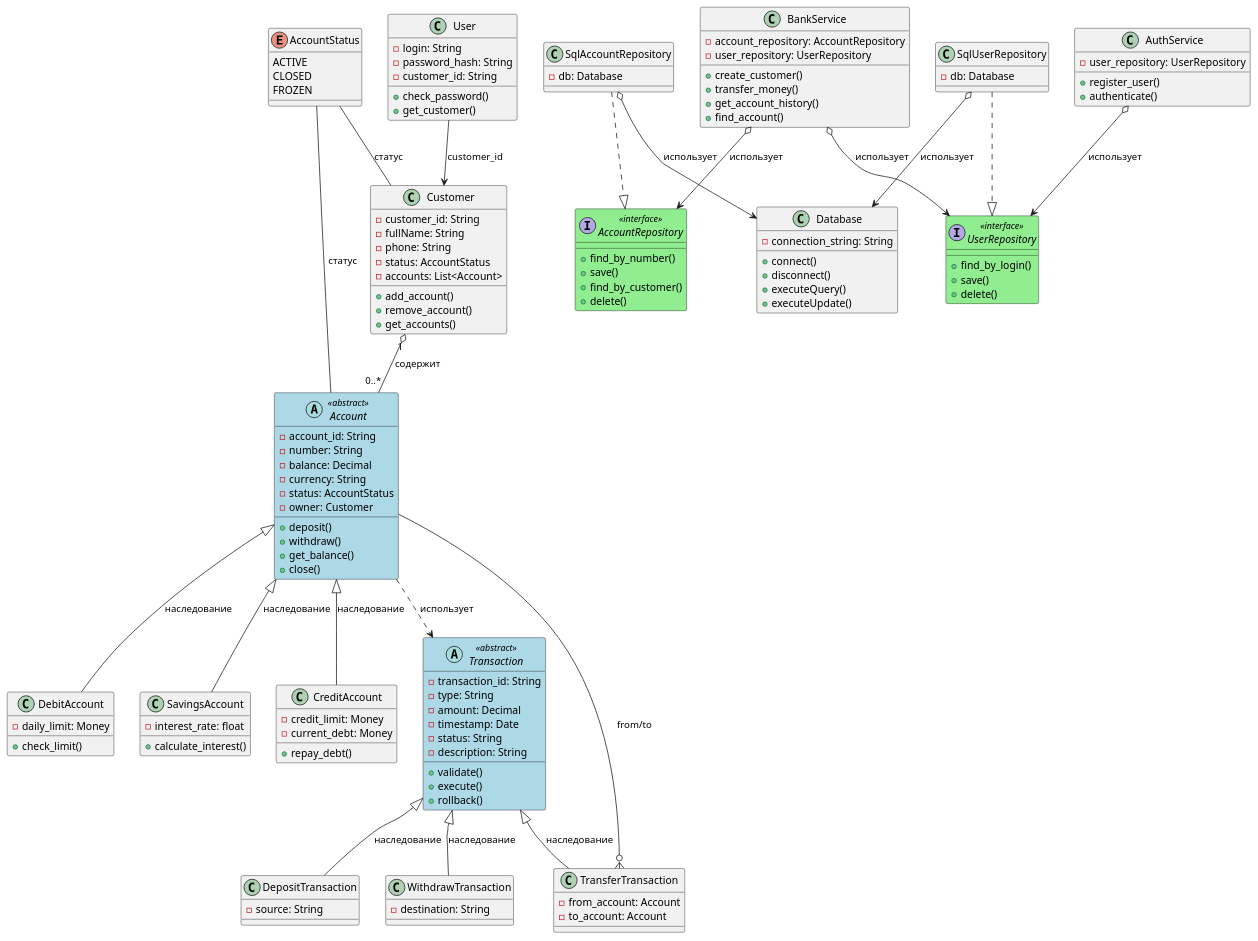
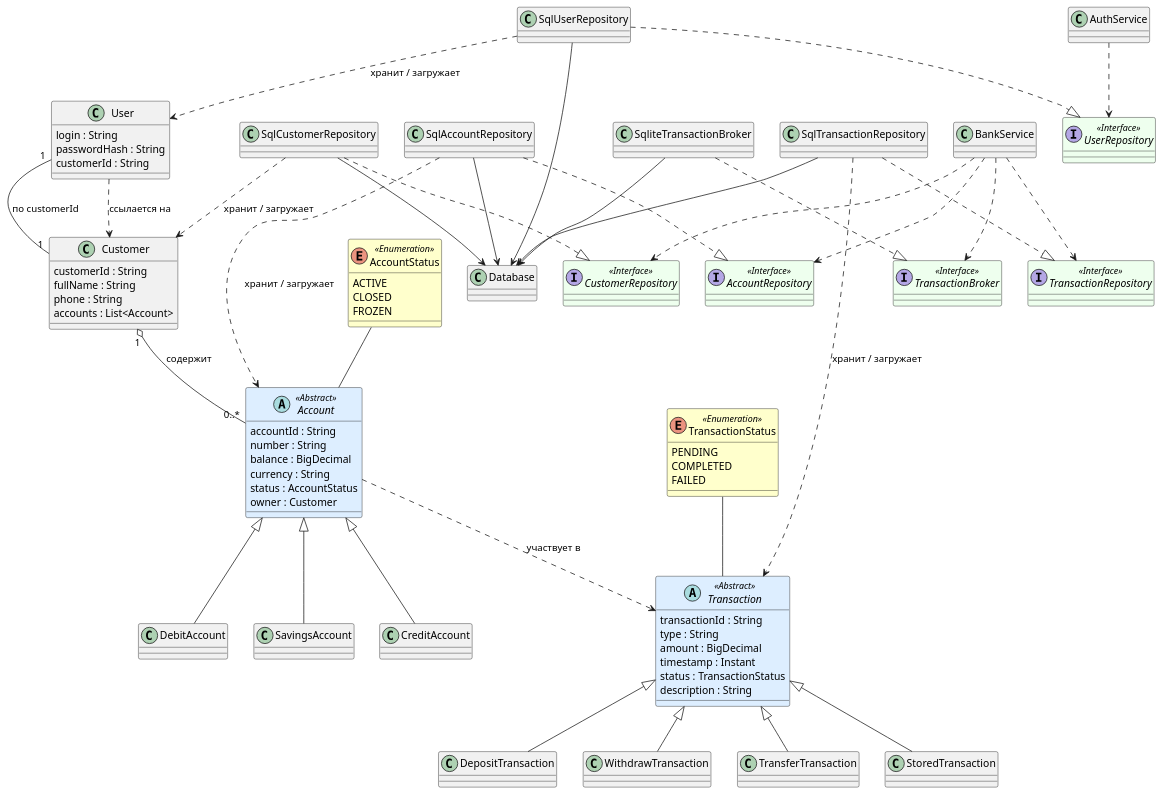
The diagram in class_diagram.md (kmozgovoj11-rgb/bank_simulator), drawn with PlantUML before and after one commit. The commit also changed other lines of this file, not shown here.

```diff
--- a/class_diagram.md
+++ b/class_diagram.md
@@ -1,160 +1,128 @@
 @startuml BankSim_UML
 
 skinparam class {
-  BackgroundColor<<abstract>> LightBlue
-  BackgroundColor<<interface>> LightGreen
+  BackgroundColor<<Enumeration>> #FFFFCC
+  BackgroundColor<<Abstract>> #DDEEFF
+  BackgroundColor<<Interface>> #EEFFEE
   BorderColor Black
 }
 
-enum AccountStatus {
+' --- домен (слева направо: пользователь — клиент — счета — транзакции) ---
+
+enum AccountStatus <<Enumeration>> {
   ACTIVE
   CLOSED
   FROZEN
 }
 
+enum TransactionStatus <<Enumeration>> {
+  PENDING
+  COMPLETED
+  FAILED
+}
+
 class Customer {
-  - customer_id: String
-  - fullName: String
-  - phone: String
-  - status: AccountStatus
-  - accounts: List<Account>
-  + add_account()
-  + remove_account()
-  + get_accounts()
+  customerId : String
+  fullName : String
+  phone : String
+  accounts : List<Account>
 }
 
 class User {
-  - login: String
-  - password_hash: String
-  - customer_id: String
-  + check_password()
-  + get_customer()
+  login : String
+  passwordHash : String
+  customerId : String
 }
 
-abstract class Account <<abstract>> {
-  - account_id: String
-  - number: String
-  - balance: Decimal
-  - currency: String
-  - status: AccountStatus
-  - owner: Customer
-  + deposit()
-  + withdraw()
-  + get_balance()
-  + close()
+abstract class Account <<Abstract>> {
+  accountId : String
+  number : String
+  balance : BigDecimal
+  currency : String
+  status : AccountStatus
+  owner : Customer
 }
 
-class DebitAccount {
-  - daily_limit: Money
-  + check_limit()
+class DebitAccount
+class SavingsAccount
+class CreditAccount
+
+abstract class Transaction <<Abstract>> {
+  transactionId : String
+  type : String
+  amount : BigDecimal
+  timestamp : Instant
+  status : TransactionStatus
+  description : String
 }
 
-class SavingsAccount {
-  - interest_rate: float
-  + calculate_interest()
-}
+class DepositTransaction
+class WithdrawTransaction
+class TransferTransaction
+class StoredTransaction
 
-class CreditAccount {
-  - credit_limit: Money
-  - current_debt: Money
-  + repay_debt()
-}
+' --- 1:1 User и Customer (один логин — один клиент) ---
+User "1" -- "1" Customer : по customerId
 
-abstract class Transaction <<abstract>> {
-  - transaction_id: String
-  - type: String
-  - amount: Decimal
-  - timestamp: Date
-  - status: String
-  - description: String
-  + validate()
-  + execute()
-  + rollback()
-}
+Customer "1" o-- "0..*" Account : содержит
+AccountStatus -- Account
 
-class DepositTransaction {
-  - source: String
-}
+User ..> Customer : ссылается на
 
-class WithdrawTransaction {
-  - destination: String
-}
+Account <|-- DebitAccount
+Account <|-- SavingsAccount
+Account <|-- CreditAccount
 
-class TransferTransaction {
-  - from_account: Account
-  - to_account: Account
-}
+TransactionStatus -- Transaction
+Account ..> Transaction : участвует в
 
-class BankService {
-  - account_repository: AccountRepository
-  - user_repository: UserRepository
-  + create_customer()
-  + transfer_money()
-  + get_account_history()
-  + find_account()
-}
+Transaction <|-- DepositTransaction
+Transaction <|-- WithdrawTransaction
+Transaction <|-- TransferTransaction
+Transaction <|-- StoredTransaction
 
-class AuthService {
-  - user_repository: UserRepository
-  + register_user()
-  + authenticate()
-}
+' --- persistence: явная связь репозиторий → класс домена ---
 
-interface AccountRepository <<interface>> {
-  + find_by_number()
-  + save()
-  + find_by_customer()
-  + delete()
-}
+interface AccountRepository <<Interface>>
+interface UserRepository <<Interface>>
+interface CustomerRepository <<Interface>>
+interface TransactionRepository <<Interface>>
+interface TransactionBroker <<Interface>>
 
-interface UserRepository <<interface>> {
-  + find_by_login()
-  + save()
-  + delete()
-}
-
-class Database {
-  - connection_string: String
-  + connect()
-  + disconnect()
-  + executeQuery()
-  + executeUpdate()
-}
-
-class SqlAccountRepository {
-  - db: Database
-}
-
-class SqlUserRepository {
-  - db: Database
-}
+class SqlAccountRepository
+class SqlUserRepository
+class SqlCustomerRepository
+class SqlTransactionRepository
+class SqliteTransactionBroker
+class Database
 
 SqlAccountRepository ..|> AccountRepository
 SqlUserRepository ..|> UserRepository
+SqlCustomerRepository ..|> CustomerRepository
+SqlTransactionRepository ..|> TransactionRepository
+SqliteTransactionBroker ..|> TransactionBroker
 
-SqlAccountRepository o--> Database : использует
-SqlUserRepository o--> Database : использует
+SqlAccountRepository --> Database
+SqlUserRepository --> Database
+SqlCustomerRepository --> Database
+SqlTransactionRepository --> Database
+SqliteTransactionBroker --> Database
 
+SqlUserRepository ..> User : хранит / загружает
+SqlAccountRepository ..> Account : хранит / загружает
+SqlCustomerRepository ..> Customer : хранит / загружает
+SqlTransactionRepository ..> Transaction : хранит / загружает
 
-Customer "1" o-- "0..*" Account : содержит
+' --- сервисы ---
 
-Account <|-- DebitAccount : наследование
-Account <|-- SavingsAccount : наследование
-Account <|-- CreditAccount : наследование
+class BankService
+class AuthService
 
-Account ..> Transaction : использует
-Transaction <|-- DepositTransaction : наследование
-Transaction <|-- WithdrawTransaction : наследование
-Transaction <|-- TransferTransaction : наследование
-TransferTransaction }o-- Account : from/to
+BankService ..> AccountRepository
+BankService ..> CustomerRepository
+BankService ..> TransactionRepository
+BankService ..> TransactionBroker
 
-BankService o--> AccountRepository : использует
-BankService o--> UserRepository : использует
-AuthService o--> UserRepository : использует
-
-User --> Customer : customer_id
-
-AccountStatus -- Customer : статус
-AccountStatus -- Account : статус
+AuthService ..> UserRepository
 
 @enduml
```
